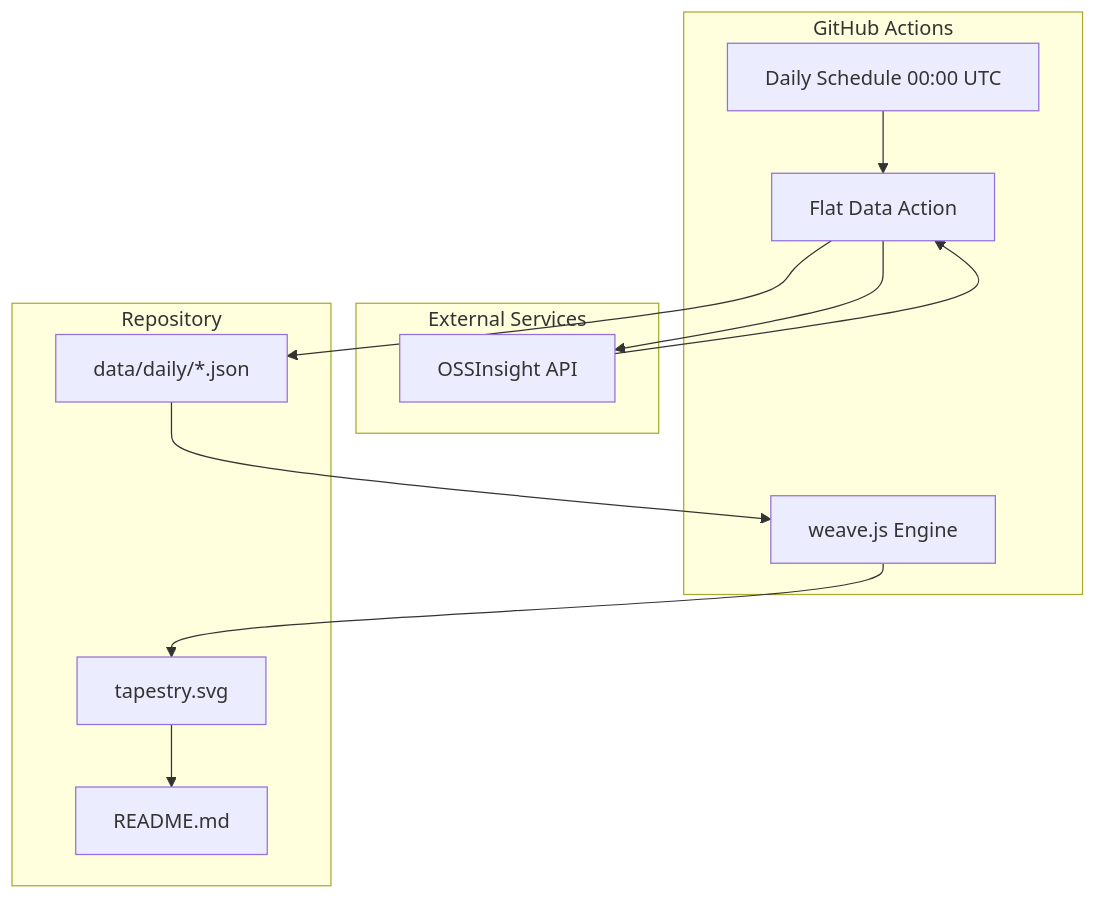
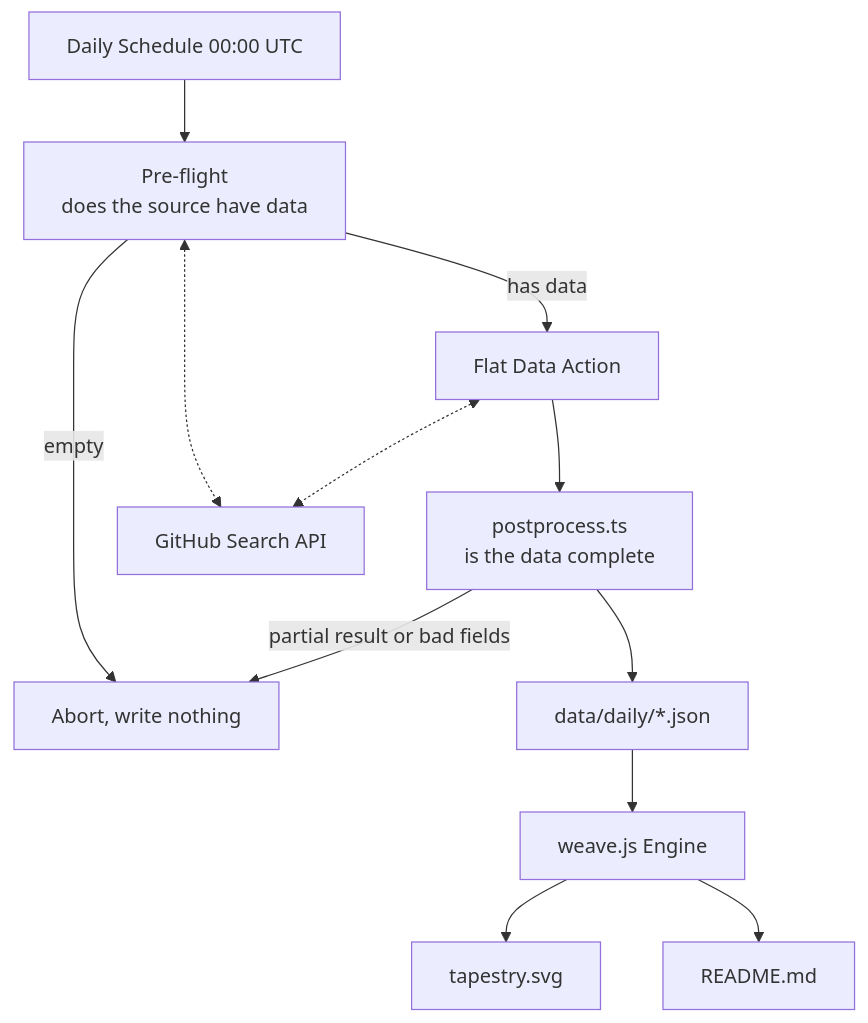
The diagram in README_EN.md (tznthou/day-25-data-tapestry), drawn with Mermaid before and after one commit. The commit also changed other lines of this file and 1 other file, not shown here.

````diff
--- a/README_EN.md
+++ b/README_EN.md
@@ -42,26 +61,21 @@
 ```mermaid
 flowchart TB
-    subgraph GitHub["GitHub Actions"]
-        Cron["Daily Schedule 00:00 UTC"]
-        Flat["Flat Data Action"]
-        Weave["weave.js Engine"]
-    end
+    Cron["Daily Schedule 00:00 UTC"] --> Pre
 
-    subgraph External["External Services"]
-        OSS["OSSInsight API"]
-    end
+    Pre["Pre-flight<br/>does the source have data"]
+    Flat["Flat Data Action"]
+    Post["postprocess.ts<br/>is the data complete"]
+    Search["GitHub Search API"]
+    Stop["Abort, write nothing"]
 
-    subgraph Repo["Repository"]
-        Data["data/daily/*.json"]
-        SVG["tapestry.svg"]
-        README["README.md"]
-    end
-
-    Cron --> Flat
-    Flat --> OSS
-    OSS --> Flat
-    Flat --> Data
-    Data --> Weave
-    Weave --> SVG
-    SVG --> README
+    Pre <-.-> Search
+    Pre -->|empty| Stop
+    Pre -->|has data| Flat
+    Flat <-.-> Search
+    Flat --> Post
+    Post -->|partial result or bad fields| Stop
+    Post --> Data["data/daily/*.json"]
+    Data --> Weave["weave.js Engine"]
+    Weave --> SVG["tapestry.svg"]
+    Weave --> README["README.md"]
 ```
````
